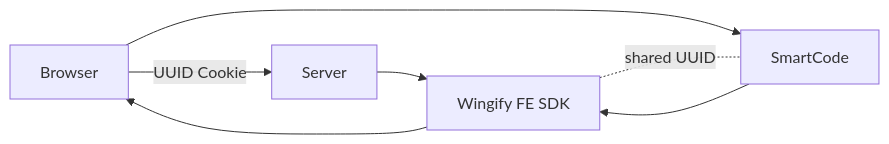
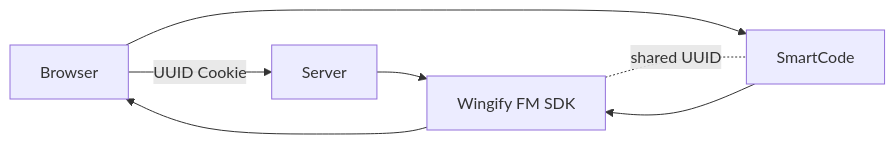
Before and after one commit to wingify/readme-central: the fifth of 10 diagrams in docs/Concepts/fme-hybrid-testing-web.md, drawn with Mermaid. The commit also changed other lines of this file and 192 other files, not shown here.

````diff
--- a/docs/Concepts/fme-hybrid-testing-web.md
+++ b/docs/Concepts/fme-hybrid-testing-web.md
@@ -541,12 +541,12 @@
 ```mermaid
 flowchart LR
     Browser -->|UUID Cookie| Server
-    Server --> FE_SDK[Wingify FE SDK]
-    FE_SDK -->
+    Server --> FM_SDK[Wingify FM SDK]
+    FM_SDK -->
 
     Browser --> SmartCode
     SmartCode -->
 
-    FE_SDK -. shared UUID .- SmartCode
+    FM_SDK -. shared UUID .- SmartCode
 
 ```
````
